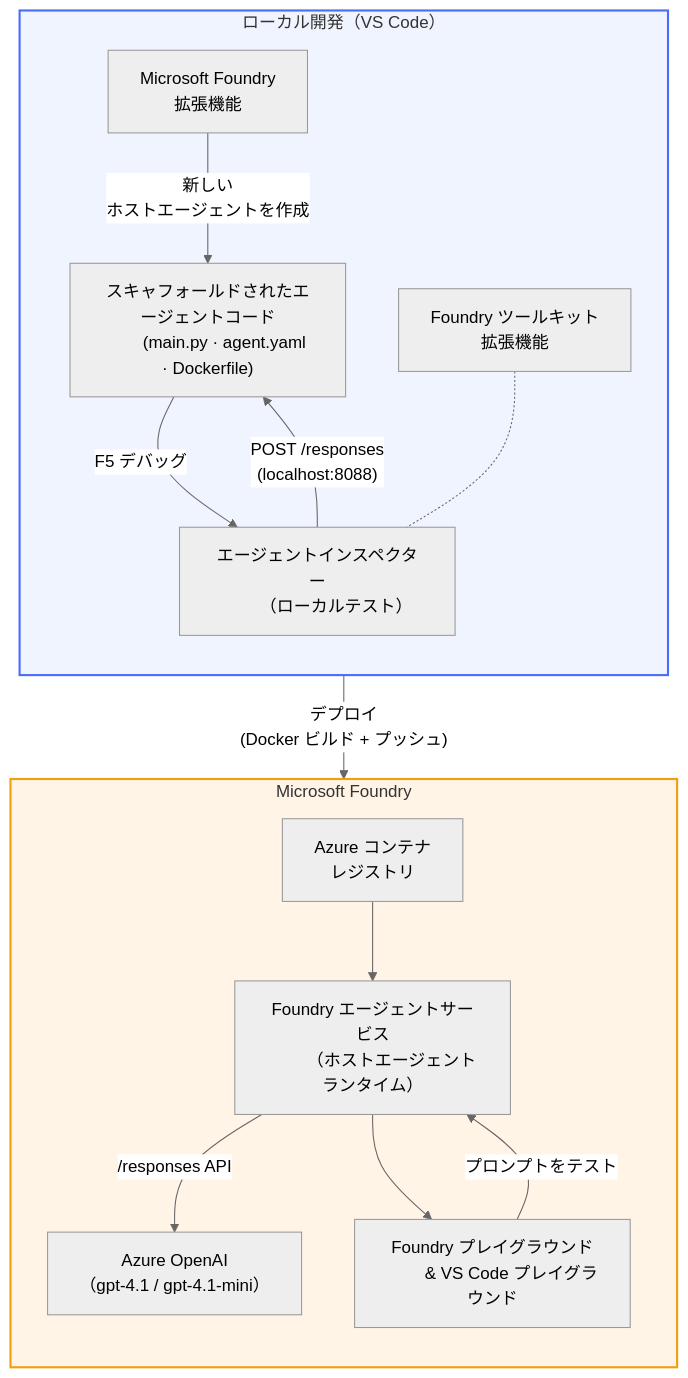
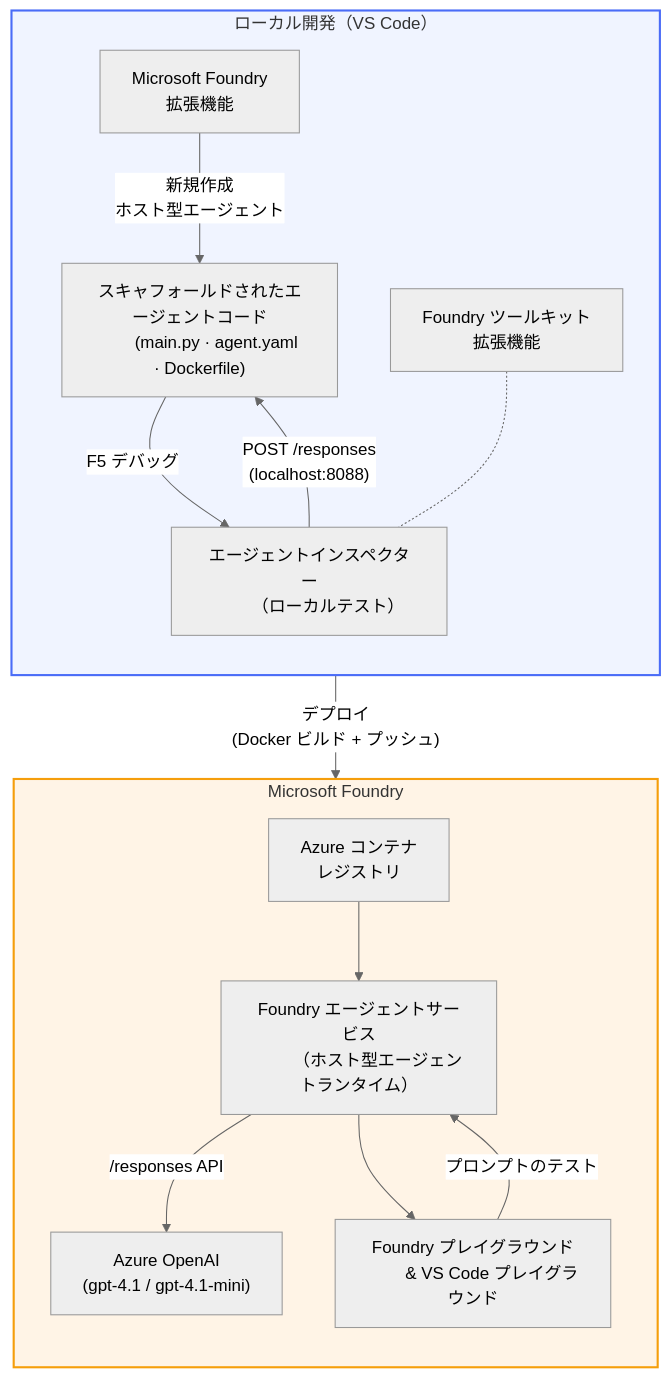
The diagram in translations/ja/README.md (microsoft-foundry/Foundry_Toolkit_for_VSCode_Lab), drawn with Mermaid (neutral theme) before and after one commit. The commit also changed other lines of this file and 110 other files, not shown here.

````diff
--- a/translations/ja/README.md
+++ b/translations/ja/README.md
@@ -48,42 +52,42 @@
 ```mermaid
 flowchart TB
     subgraph Local["ローカル開発（VS Code）"]
         direction TB
         FE["Microsoft Foundry
         拡張機能"]
         FoundryToolkit["Foundry ツールキット
         拡張機能"]
         Scaffold["スキャフォールドされたエージェントコード
         (main.py · agent.yaml · Dockerfile)"]
         Inspector["エージェントインスペクター
         （ローカルテスト）"]
-        FE -- "新しい
-        ホストエージェントを作成" --> Scaffold
+        FE -- "新規作成
+        ホスト型エージェント" --> Scaffold
         Scaffold -- "F5 デバッグ" --> Inspector
         FoundryToolkit -.- Inspector
     end
 
     subgraph Cloud["Microsoft Foundry"]
         direction TB
         ACR["Azure コンテナ
         レジストリ"]
         AgentService["Foundry エージェントサービス
-        （ホストエージェントランタイム）"]
+        （ホスト型エージェントランタイム）"]
         Model["Azure OpenAI
-        （gpt-4.1 / gpt-4.1-mini）"]
+        (gpt-4.1 / gpt-4.1-mini)"]
         Playground["Foundry プレイグラウンド
         & VS Code プレイグラウンド"]
         ACR --> AgentService
         AgentService -- "/responses API" --> Model
         AgentService --> Playground
     end
 
     Scaffold -- "デプロイ
     (Docker ビルド + プッシュ)" --> ACR
     Inspector -- "POST /responses
     (localhost:8088)" --> Scaffold
-    Playground -- "プロンプトをテスト" --> AgentService
+    Playground -- "プロンプトのテスト" --> AgentService
 
     style Local fill:#f0f4ff,stroke:#4a6cf7,stroke-width:2px
     style Cloud fill:#fff4e6,stroke:#f59e0b,stroke-width:2px
 ```
````
